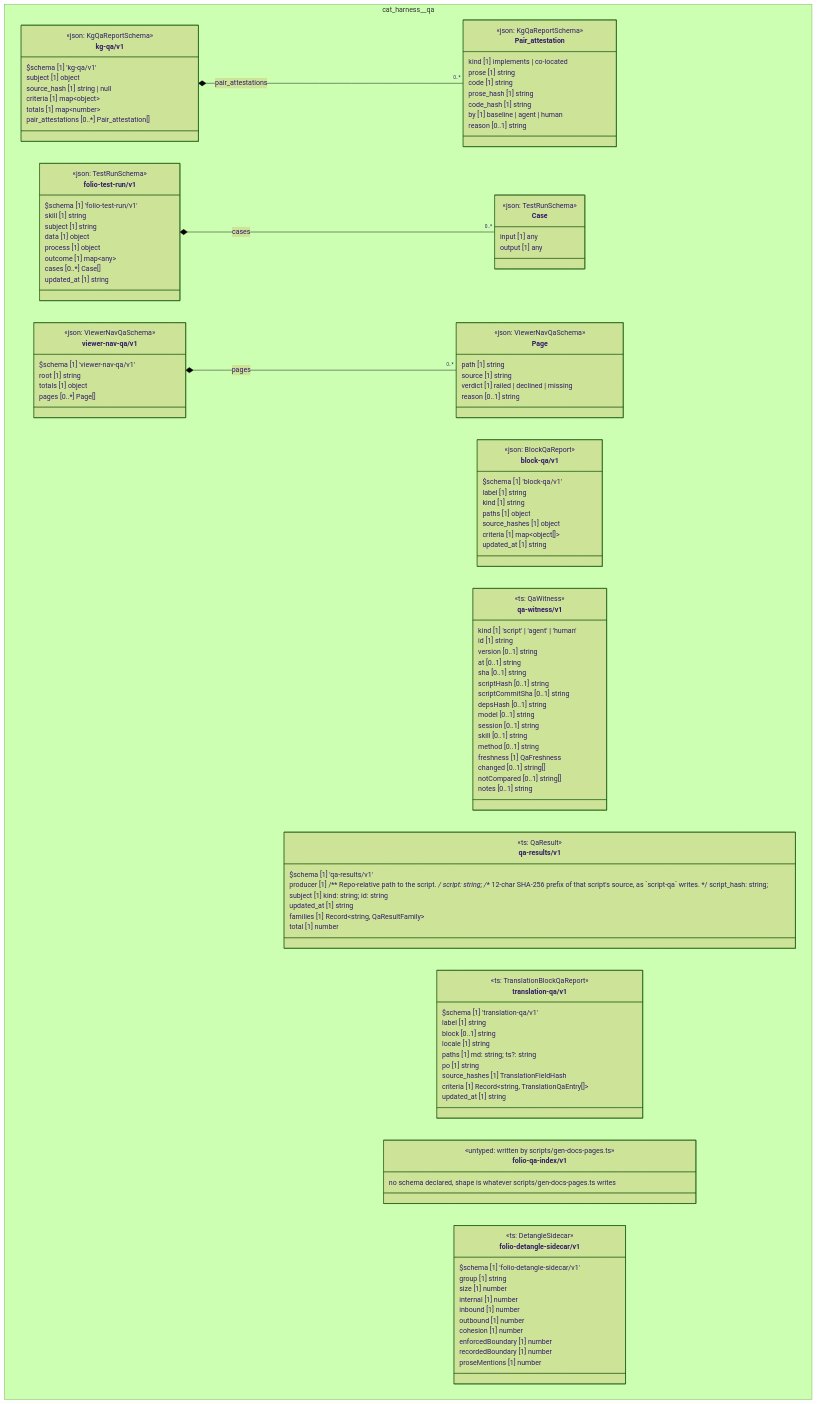
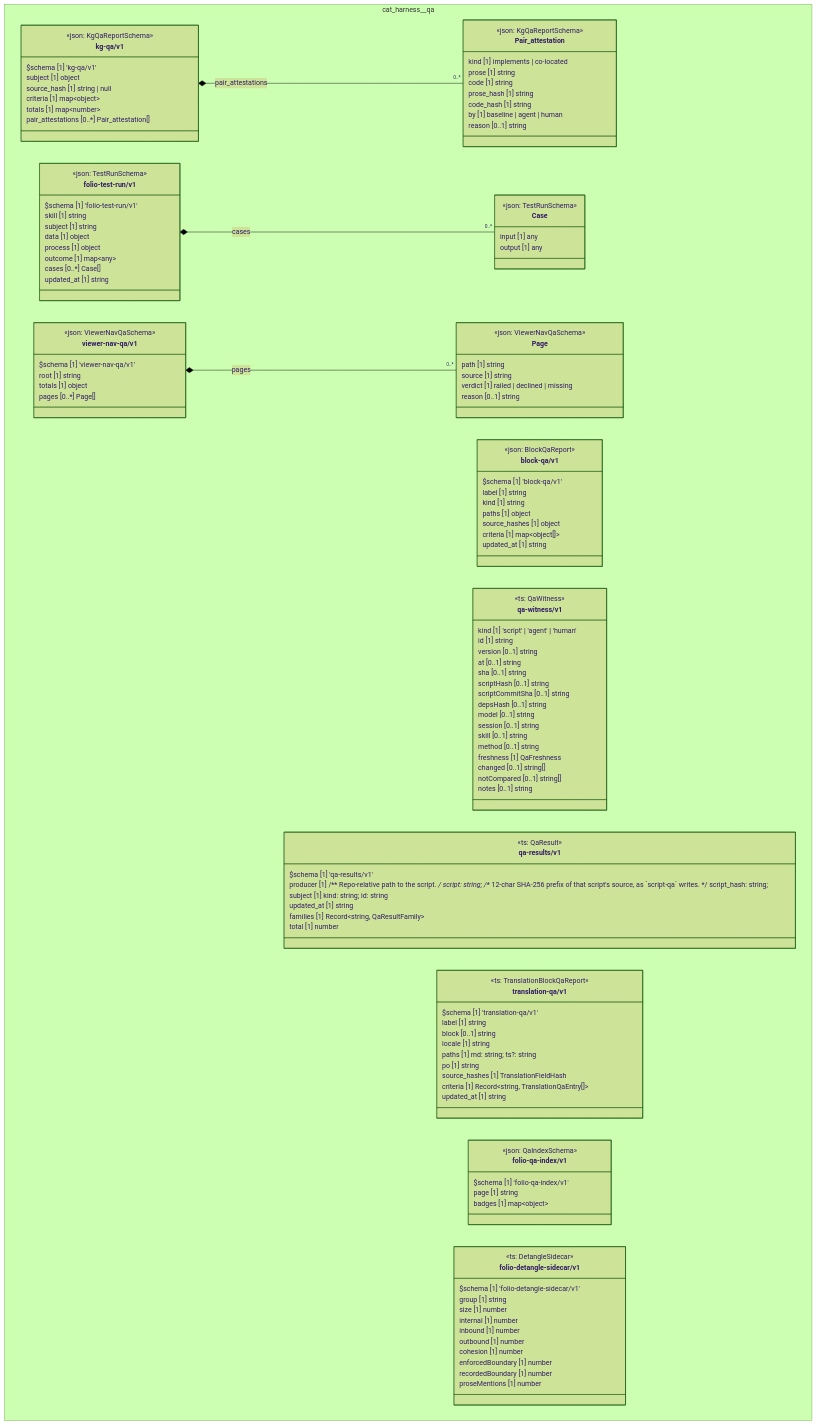
Before and after one commit to litlfred/folio-assistant: the diagram in cat-harness/docs/uml/overview/cat-harness/qa.md, drawn with Mermaid (forest theme). The commit also changed other lines of this file and 36 other files, not shown here.

First line of the commit message:
B6b-1 (#1168): the 8 generated writtenBy families get Zod schemas (bean dv8v)

```diff
--- a/cat-harness/docs/uml/overview/cat-harness/qa.md
+++ b/cat-harness/docs/uml/overview/cat-harness/qa.md
@@ -127,9 +127,11 @@
       criteria [1] Record~string, TranslationQaEntry[]~
       updated_at [1] string
     }
-    class cat_harness_qa_folio_qa_index_v1["folio-qa-index/v1"] {
-      <<untyped: written by scripts/gen-docs-pages.ts>>
-      no schema declared, shape is whatever scripts/gen-docs-pages.ts writes
+    class cat_harness_qa_folio_qa_index_v1_folio_qa_index_v1["folio-qa-index/v1"] {
+      <<json: QaIndexSchema>>
+      $schema [1] 'folio-qa-index/v1'
+      page [1] string
+      badges [1] map~object~
     }
     class cat_harness_qa_folio_detangle_sidecar_v1["folio-detangle-sidecar/v1"] {
       <<ts: DetangleSidecar>>
@@ -170,7 +172,7 @@
   cssClass "cat_harness_qa_qa_witness_v1" fa_uml_kind_qa
   cssClass "cat_harness_qa_qa_results_v1" fa_uml_kind_qa
   cssClass "cat_harness_qa_translation_qa_v1" fa_uml_kind_qa
-  cssClass "cat_harness_qa_folio_qa_index_v1" fa_uml_kind_qa
+  cssClass "cat_harness_qa_folio_qa_index_v1_folio_qa_index_v1" fa_uml_kind_qa
   cssClass "cat_harness_qa_folio_detangle_sidecar_v1" fa_uml_kind_qa
   cssClass "cat_harness_qa_viewer_nav_qa_v1_Page" fa_uml_kind_qa
   cssClass "cat_harness_qa_viewer_nav_qa_v1_viewer_nav_qa_v1" fa_uml_kind_qa
```
